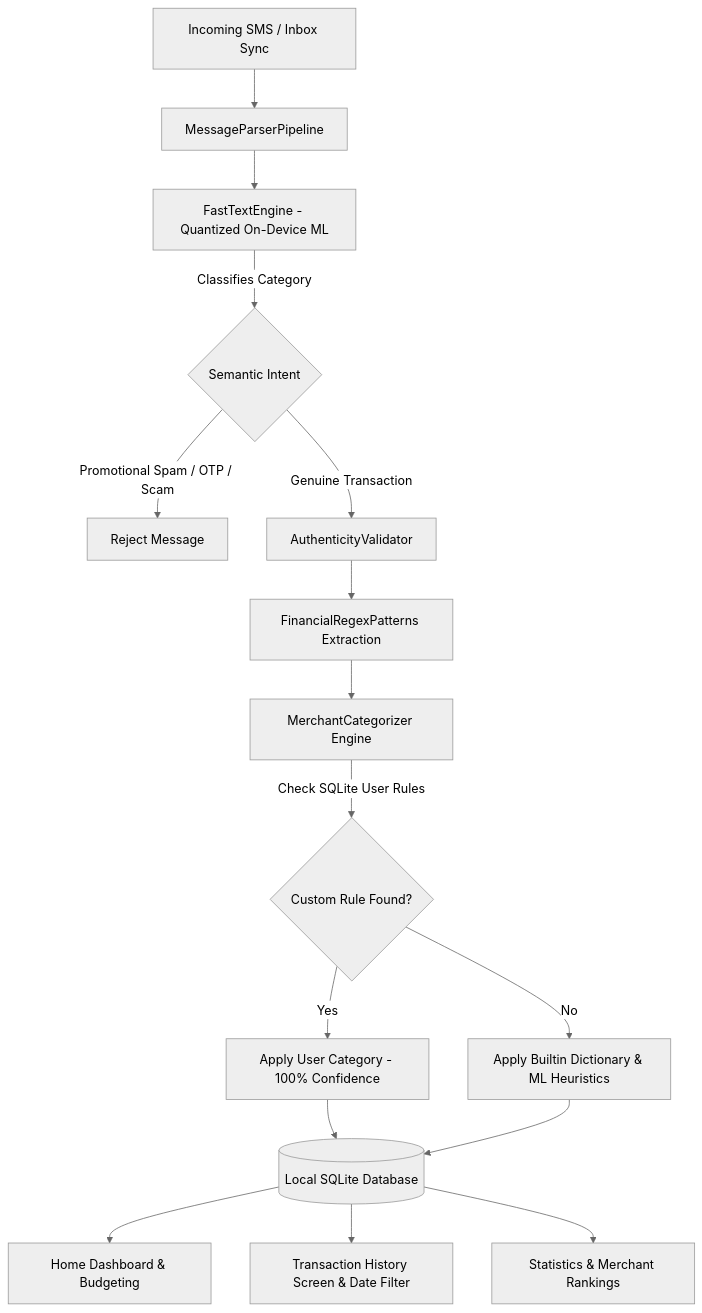
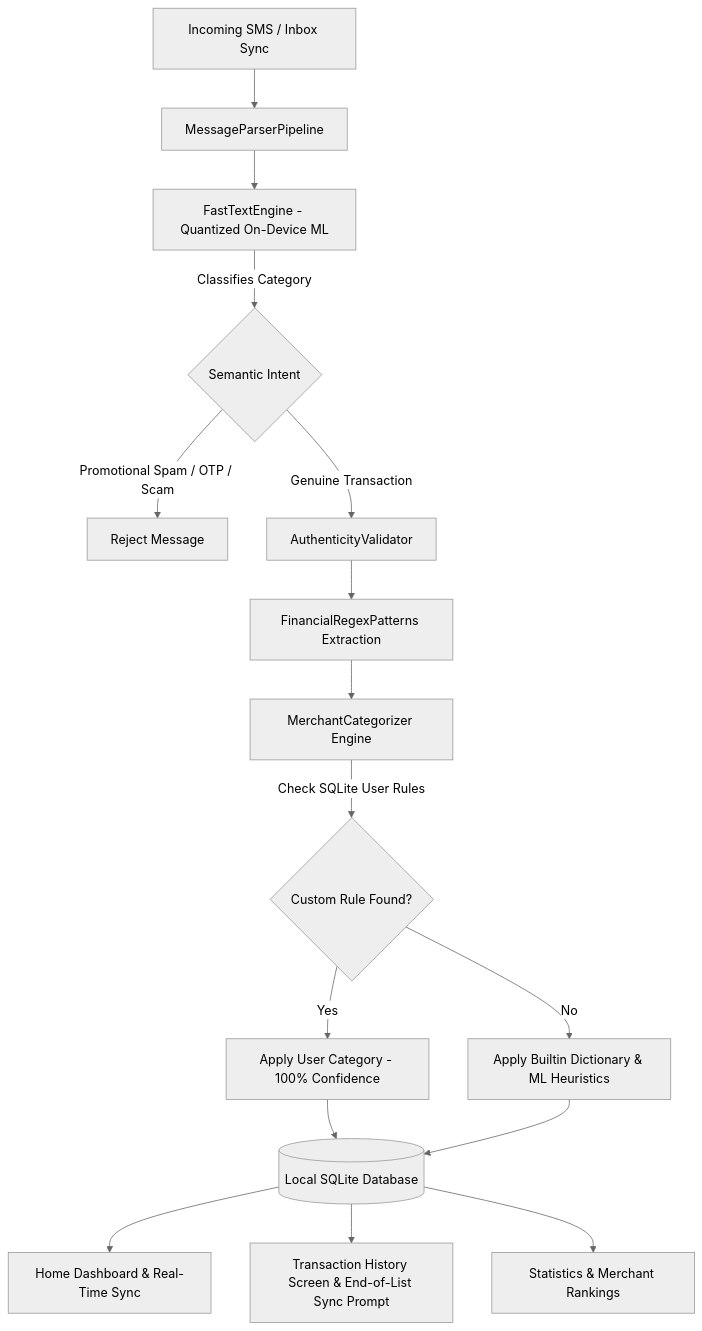
Before and after one commit to allwin-antony/Expense_tracker: the diagram in README.md, drawn with Mermaid (neutral theme). The commit also changed other lines of this file, not shown here.

````diff
--- a/README.md
+++ b/README.md
@@ -29,22 +27,22 @@
 ```mermaid
 flowchart TD
     A[Incoming SMS / Inbox Sync] --> B[MessageParserPipeline]
     B --> C[FastTextEngine - Quantized On-Device ML]
     
     C -->|Classifies Category| D{Semantic Intent}
     D -->|Promotional Spam / OTP / Scam| E[Reject Message]
     D -->|Genuine Transaction| F[AuthenticityValidator]
     
     F --> G[FinancialRegexPatterns Extraction]
     G --> H[MerchantCategorizer Engine]
     H -->|Check SQLite User Rules| I{Custom Rule Found?}
     I -->|Yes| J[Apply User Category - 100% Confidence]
     I -->|No| K[Apply Builtin Dictionary & ML Heuristics]
     
     J --> L[(Local SQLite Database)]
     K --> L
     
-    L --> M[Home Dashboard & Budgeting]
-    L --> N[Transaction History Screen & Date Filter]
+    L --> M[Home Dashboard & Real-Time Sync]
+    L --> N[Transaction History Screen & End-of-List Sync Prompt]
     L --> O[Statistics & Merchant Rankings]
 ```
````
